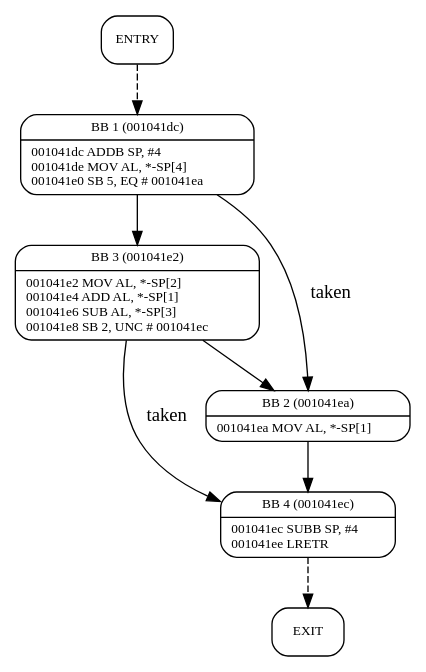
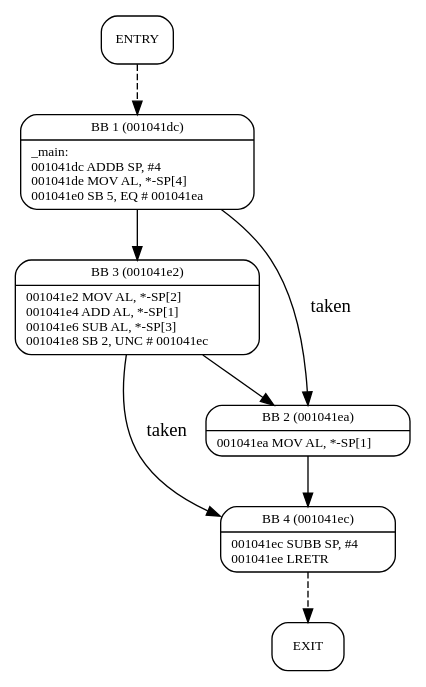
Before and after one commit to otawa-statinf/otawa-project: the diagram in benchmarks/main6.0x1041dc.dot, drawn with Graphviz. The commit also changed 3 other files, not shown here.

```diff
--- a/benchmarks/main6.0x1041dc.dot
+++ b/benchmarks/main6.0x1041dc.dot
@@ -1,16 +1,16 @@
-digraph  {
+digraph _main {
 node [shape=Mrecord, labeljust=l, fontsize=10];
-	"__0x001041dc_0_0" [label="ENTRY"];
-	"__0x001041dc_0_0" -> "__0x001041dc_0_1" [ style=dashed, weight=1];
-	"__0x001041dc_0_1" [label="{BB 1 (001041dc) | 001041dc    ADDB SP, #4\l001041de    MOV AL, *-SP[4]\l001041e0    SB 5, EQ    # 001041ea\l }"];
-	"__0x001041dc_0_1" -> "__0x001041dc_0_3" [ weight=4];
-	"__0x001041dc_0_1" -> "__0x001041dc_0_2" [ label="taken", weight=3];
-	"__0x001041dc_0_2" [label="{BB 2 (001041ea) | 001041ea    MOV AL, *-SP[1]\l }"];
-	"__0x001041dc_0_2" -> "__0x001041dc_0_4" [ weight=4];
-	"__0x001041dc_0_3" [label="{BB 3 (001041e2) | 001041e2    MOV AL, *-SP[2]\l001041e4    ADD AL, *-SP[1]\l001041e6    SUB AL, *-SP[3]\l001041e8    SB 2, UNC    # 001041ec\l }"];
-	"__0x001041dc_0_3" -> "__0x001041dc_0_2" [ weight=4];
-	"__0x001041dc_0_3" -> "__0x001041dc_0_4" [ label="taken", weight=3];
-	"__0x001041dc_0_4" [label="{BB 4 (001041ec) | 001041ec    SUBB SP, #4\l001041ee    LRETR\l }"];
-	"__0x001041dc_0_4" -> "__0x001041dc_0_5" [ style=dashed, weight=1];
-	"__0x001041dc_0_5" [label="EXIT"];
+	"_main_0_0" [label="ENTRY"];
+	"_main_0_0" -> "_main_0_1" [ style=dashed, weight=1];
+	"_main_0_1" [label="{BB 1 (001041dc) | _main:\l001041dc    ADDB SP, #4\l001041de    MOV AL, *-SP[4]\l001041e0    SB 5, EQ    # 001041ea\l }"];
+	"_main_0_1" -> "_main_0_3" [ weight=4];
+	"_main_0_1" -> "_main_0_2" [ label="taken", weight=3];
+	"_main_0_2" [label="{BB 2 (001041ea) | 001041ea    MOV AL, *-SP[1]\l }"];
+	"_main_0_2" -> "_main_0_4" [ weight=4];
+	"_main_0_3" [label="{BB 3 (001041e2) | 001041e2    MOV AL, *-SP[2]\l001041e4    ADD AL, *-SP[1]\l001041e6    SUB AL, *-SP[3]\l001041e8    SB 2, UNC    # 001041ec\l }"];
+	"_main_0_3" -> "_main_0_2" [ weight=4];
+	"_main_0_3" -> "_main_0_4" [ label="taken", weight=3];
+	"_main_0_4" [label="{BB 4 (001041ec) | 001041ec    SUBB SP, #4\l001041ee    LRETR\l }"];
+	"_main_0_4" -> "_main_0_5" [ style=dashed, weight=1];
+	"_main_0_5" [label="EXIT"];
 }
```
